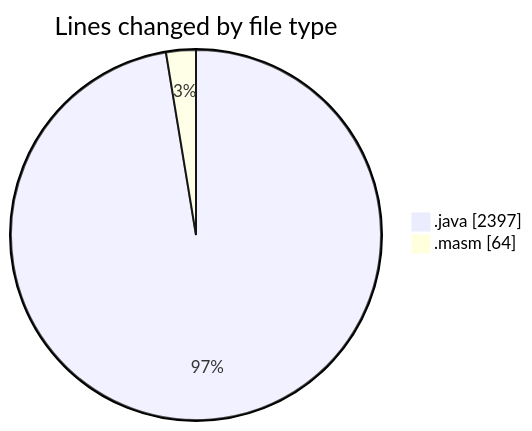
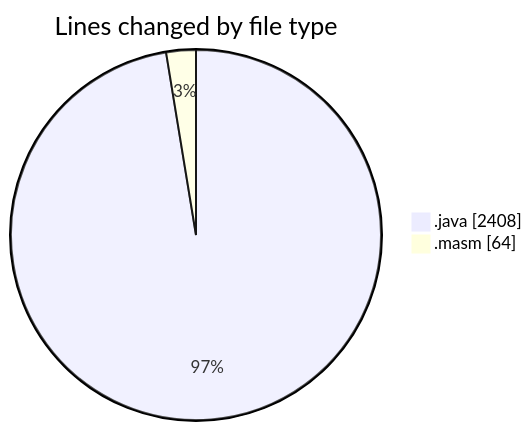
One commit to charlie-sans/code-tracking changed the first of 2 diagrams in 2025-02-19/masm/README.md. Above: the diagram before and after it, drawn with Mermaid. The commit also changed other lines of this file and 1 other file, not shown here.

````diff
--- a/2025-02-19/masm/README.md
+++ b/2025-02-19/masm/README.md
@@ -26,6 +26,6 @@
 ```mermaid
 pie showData
 title Lines changed by file type
-".java" : 2397
+".java" : 2408
 ".masm" : 64
 ```
````
